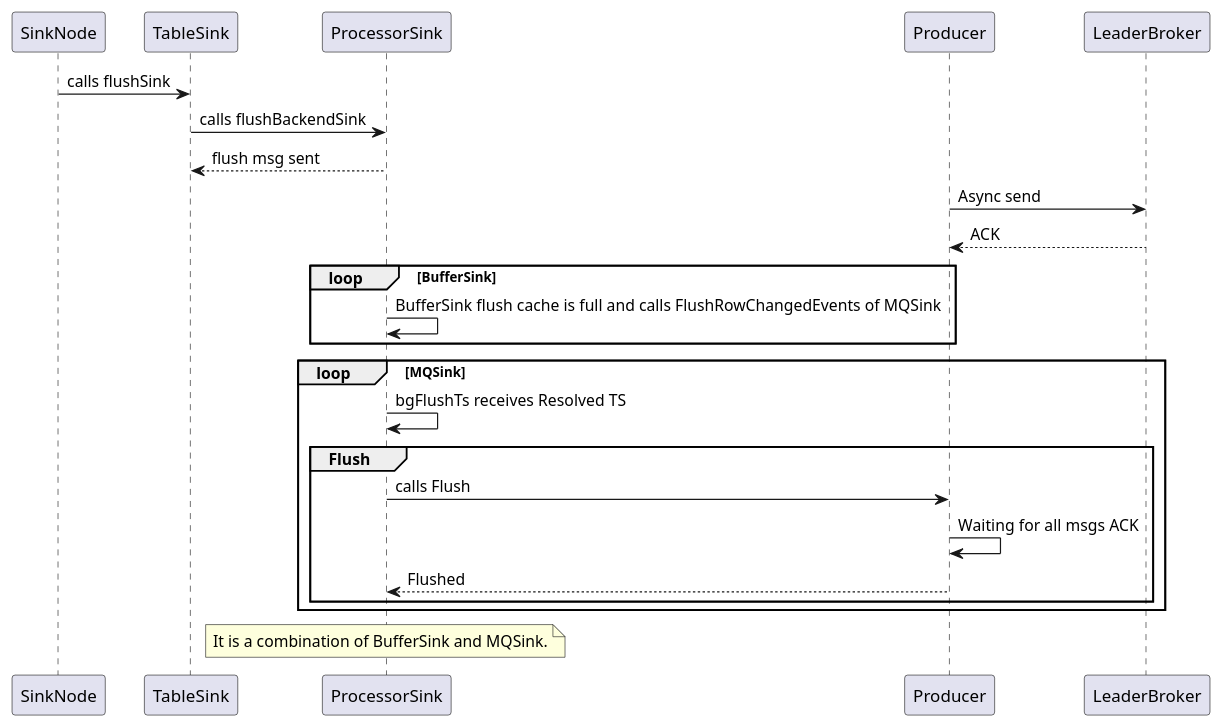
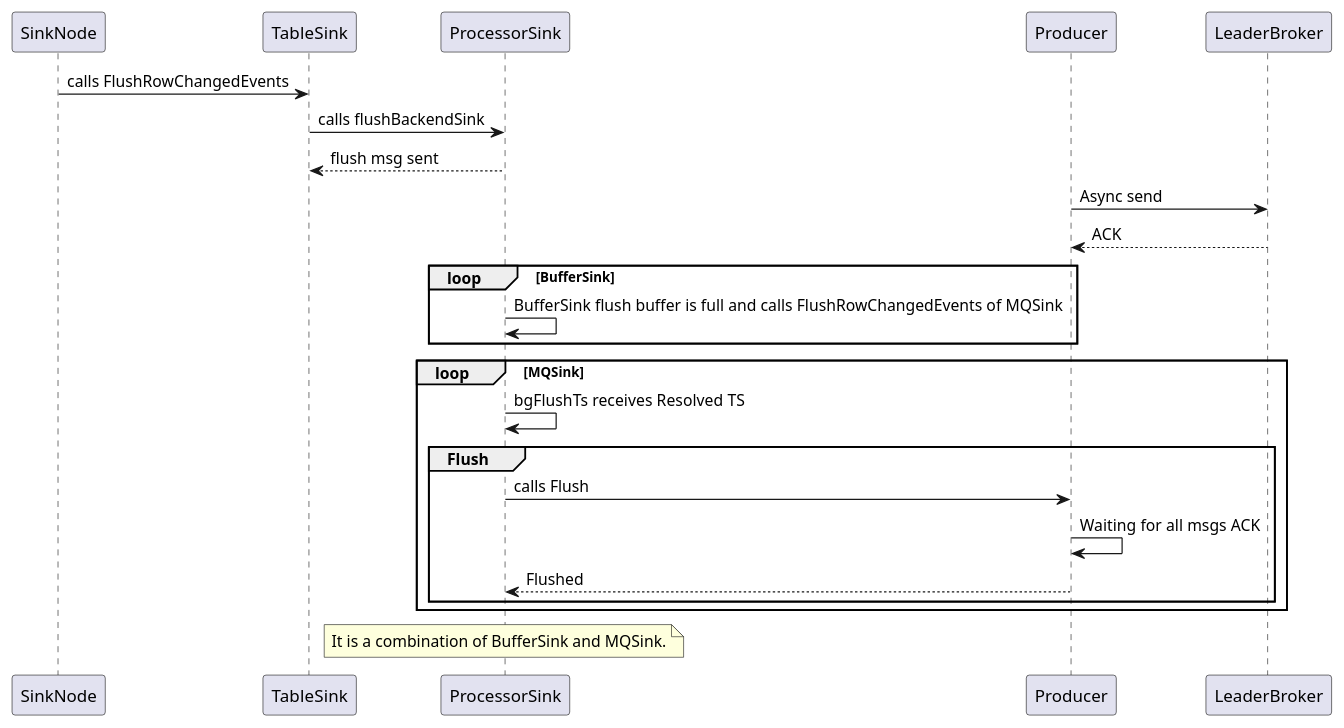
Before and after one commit to Rustin170506/ticdc-sink.slide: the sixth of 10 diagrams in slides.md, drawn with PlantUML. The commit also changed other lines of this file, not shown here.

Commit message:
Better graph and conent

````diff
--- a/slides.md
+++ b/slides.md
@@ -546,23 +563,23 @@
 ```plantuml {scale: 0.8}
 @startuml
-SinkNode -> TableSink: calls flushSink
+SinkNode -> TableSink: calls FlushRowChangedEvents
 TableSink -> ProcessorSink: calls flushBackendSink
 TableSink <-- ProcessorSink: flush msg sent
 Producer -> LeaderBroker: Async send
 Producer <-- LeaderBroker: ACK
 loop BufferSink
-  ProcessorSink -> ProcessorSink: BufferSink flush cache is full and calls FlushRowChangedEvents of MQSink
+  ProcessorSink -> ProcessorSink: BufferSink flush buffer is full and calls FlushRowChangedEvents of MQSink
 end
 loop MQSink
   ProcessorSink -> ProcessorSink: bgFlushTs receives Resolved TS
   group Flush 
     ProcessorSink -> Producer: calls Flush
     Producer -> Producer: Waiting for all msgs ACK
     ProcessorSink <-- Producer: Flushed
   end
 end
 note over of ProcessorSink
   It is a combination of BufferSink and MQSink.
 end note
 @enduml
 ```
````
